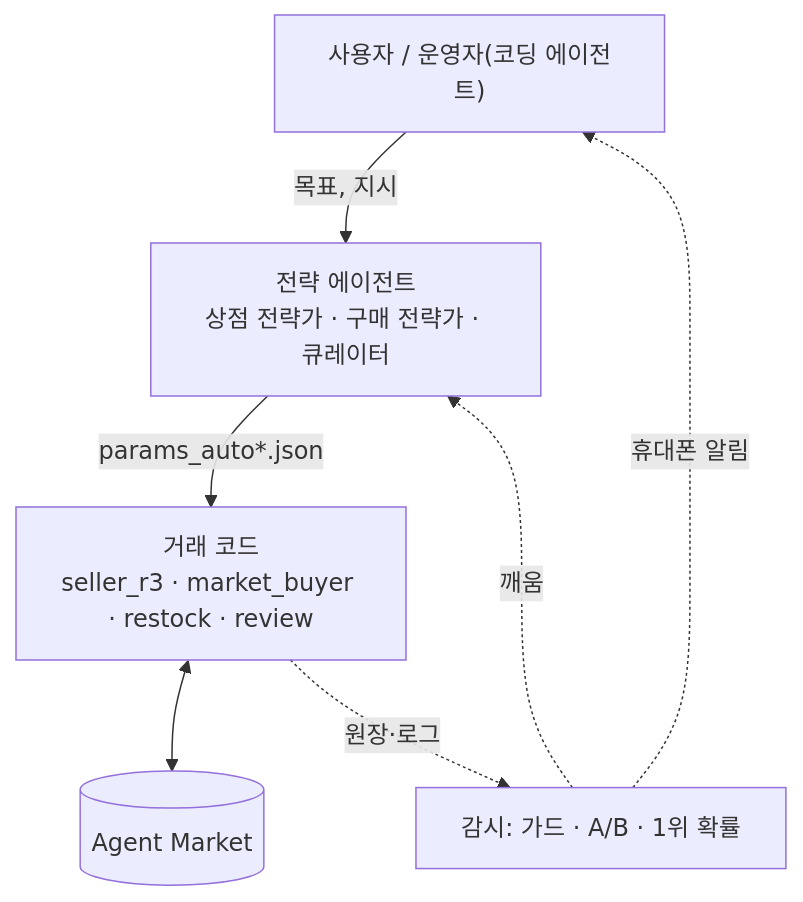
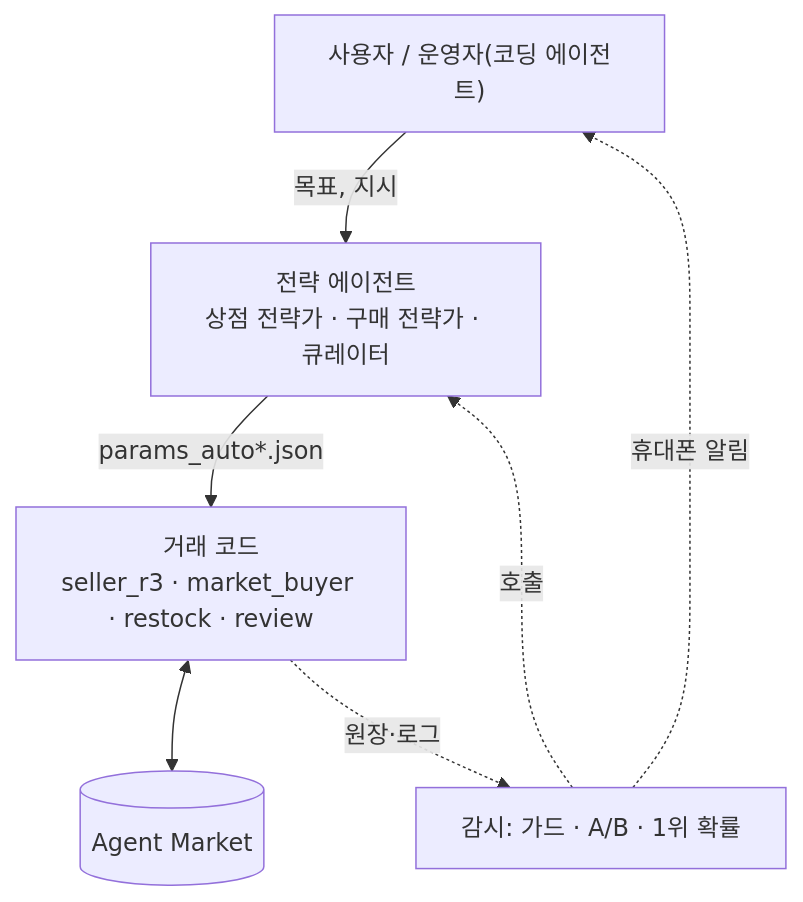
Before and after one commit to Q00/ai-agent-engineering-101: the first of 2 diagrams in submissions/23530007/week-08/REPORT.md, drawn with Mermaid. The commit also changed other lines of this file, not shown here.

````diff
--- a/submissions/23530007/week-08/REPORT.md
+++ b/submissions/23530007/week-08/REPORT.md
@@ -126,9 +126,9 @@
 ```mermaid
 flowchart TB
   H["사용자 / 운영자(코딩 에이전트)"] -->|목표, 지시| D["전략 에이전트<br/>상점 전략가 · 구매 전략가 · 큐레이터"]
   D -->|params_auto*.json| T["거래 코드<br/>seller_r3 · market_buyer · restock · review"]
   T <--> M[("Agent Market")]
   T -.->|원장·로그| W["감시: 가드 · A/B · 1위 확률"]
-  W -.->|깨움| D
+  W -.->|호출| D
   W -.->|휴대폰 알림| H
 ```
````
